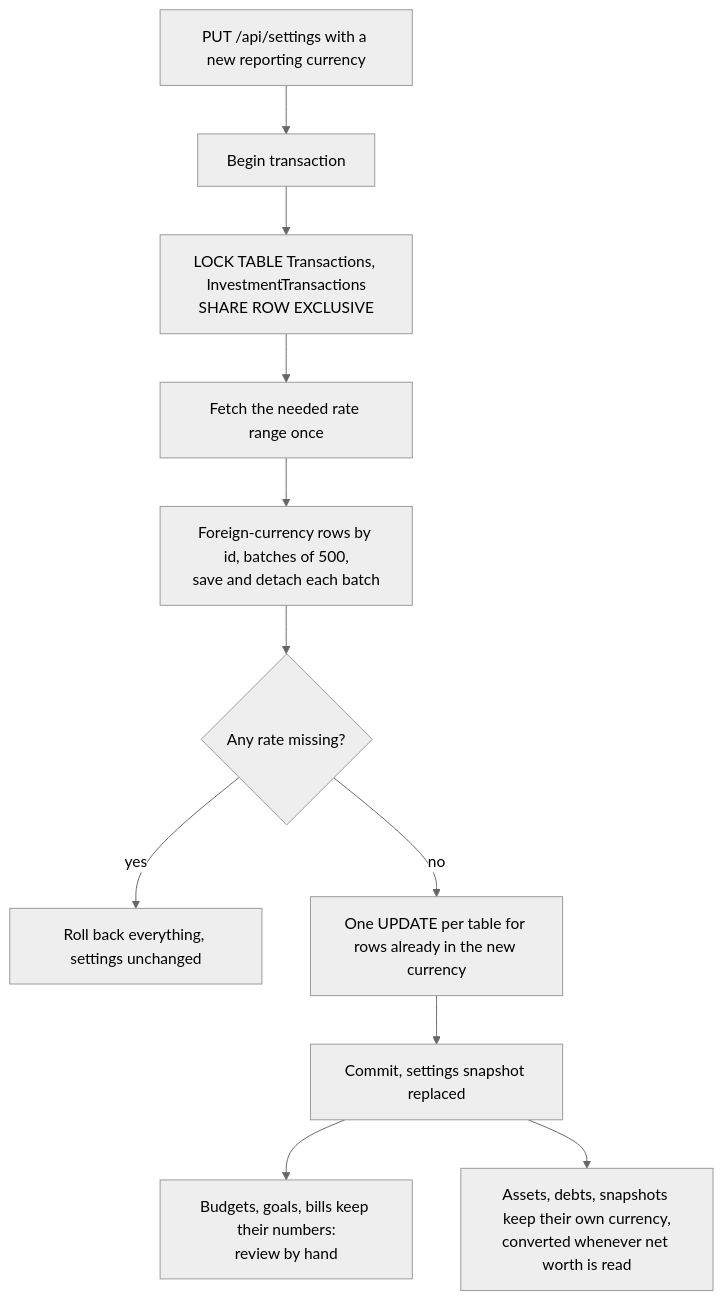
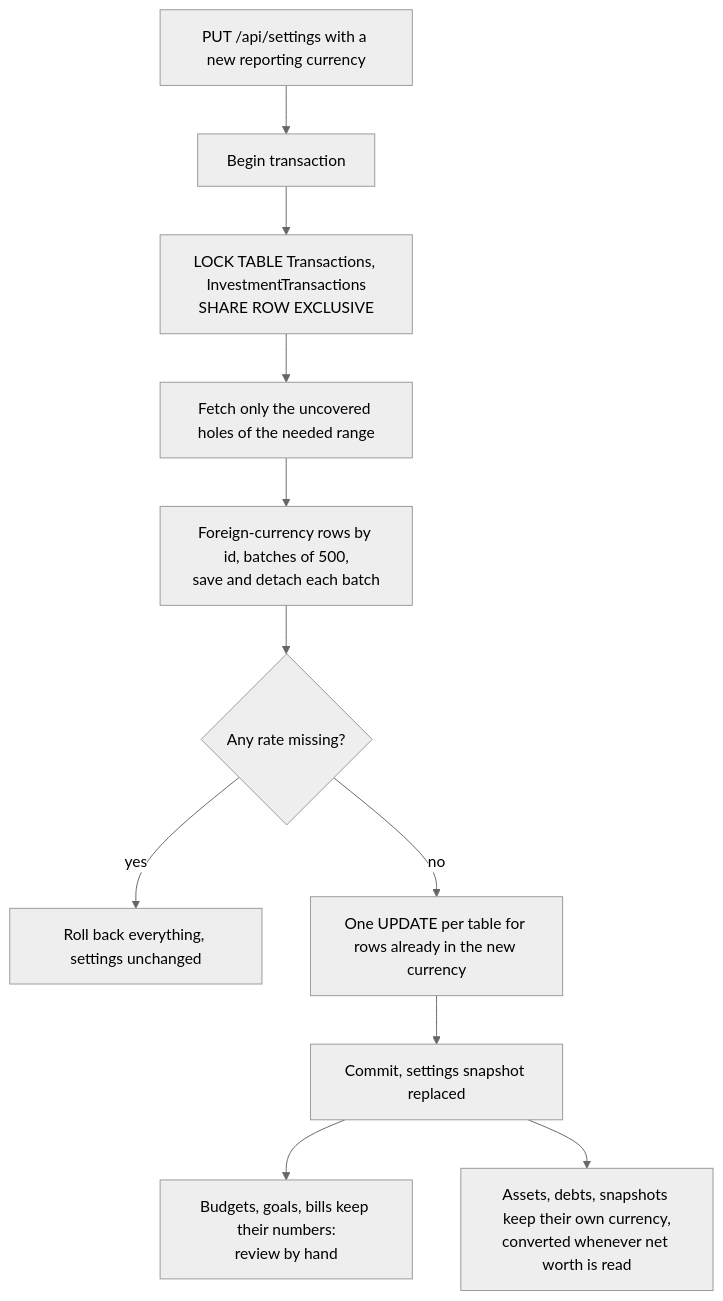
Before and after one commit to Justxs/Jx-Finance: the fourth of 4 diagrams in docs/features/09. Multi-currency.md, drawn with Mermaid (neutral theme). The commit also changed other lines of this file and 8 other files, not shown here.

````diff
--- a/docs/features/09. Multi-currency.md
+++ b/docs/features/09. Multi-currency.md
@@ -65,13 +71,13 @@
 ```mermaid
 flowchart TD
     Save["PUT /api/settings with a new reporting currency"] --> Tx["Begin transaction"]
     Tx --> LockT["LOCK TABLE Transactions, InvestmentTransactions<br/>SHARE ROW EXCLUSIVE"]
-    LockT --> Range["Fetch the needed rate range once"]
+    LockT --> Range["Fetch only the uncovered holes of the needed range"]
     Range --> Batch["Foreign-currency rows by id, batches of 500,<br/>save and detach each batch"]
     Batch --> Missing{"Any rate missing?"}
     Missing -->|"yes"| Rollback["Roll back everything, settings unchanged"]
     Missing -->|"no"| Same["One UPDATE per table for rows already in the new currency"]
     Same --> Commit["Commit, settings snapshot replaced"]
     Commit --> Manual["Budgets, goals, bills keep their numbers:<br/>review by hand"]
     Commit --> Kept["Assets, debts, snapshots keep their own currency,<br/>converted whenever net worth is read"]
 ```
````
